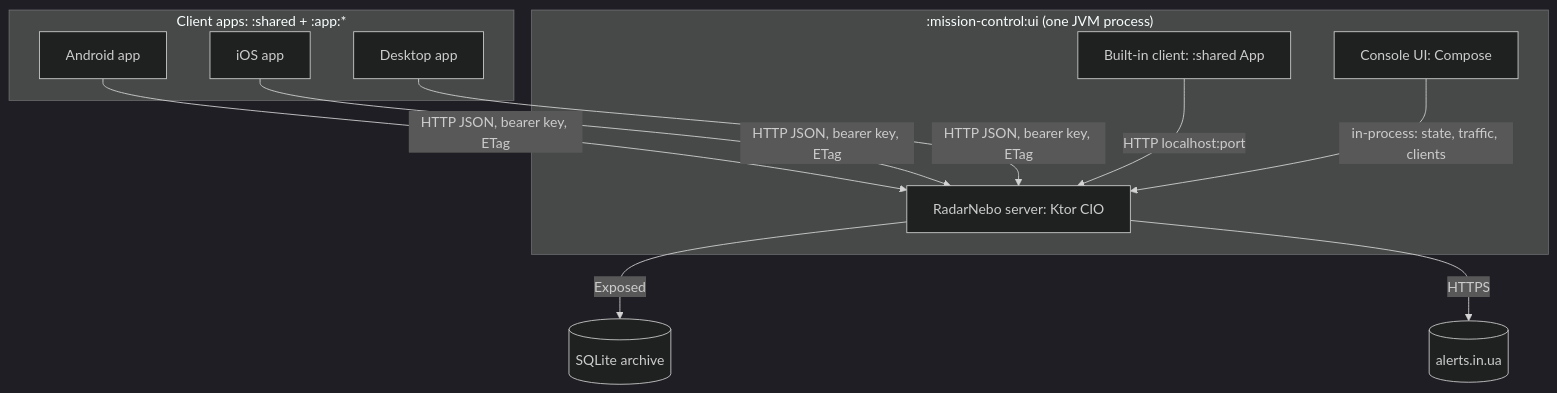
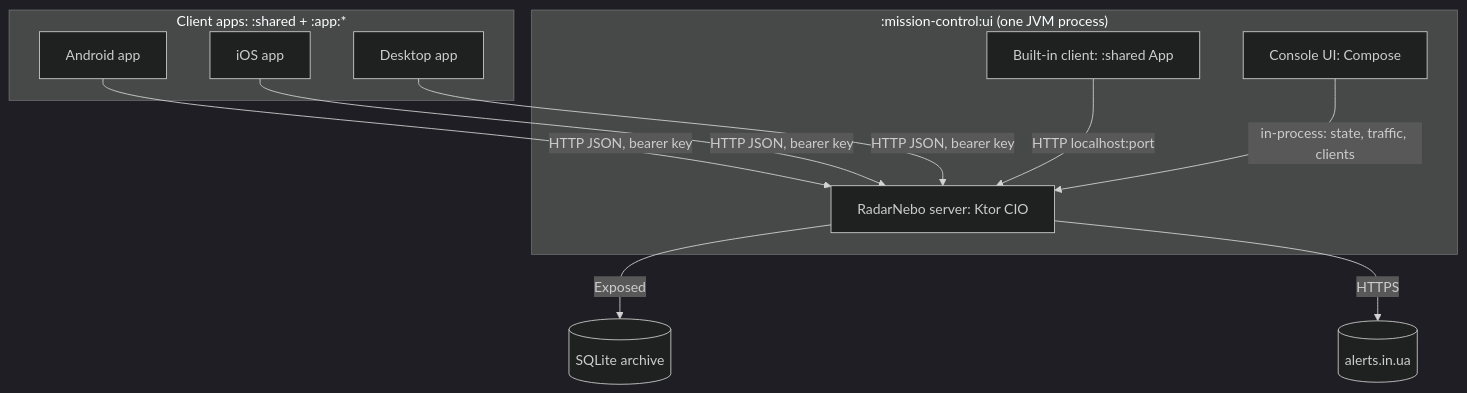
Before and after one commit to TreeDev-Innovation/KMP-RadarNebo: the third of 6 diagrams in DESIGN.md, drawn with Mermaid (dark theme). The commit also changed other lines of this file and 1 other file, not shown here.

First line of the commit message:
Report the archive window limit from MAX_WINDOW; drop ETag claims from DESIGN.md

````diff
--- a/DESIGN.md
+++ b/DESIGN.md
@@ -213,20 +213,20 @@
 ```mermaid
 flowchart TB
   subgraph clients[Client apps: :shared + :app:*]
     android[Android app]
     ios[iOS app]
     desktop[Desktop app]
   end
   subgraph console[":mission-control:ui (one JVM process)"]
     srv[RadarNebo server: Ktor CIO]
     ui[Console UI: Compose]
     embedded[Built-in client: :shared App]
   end
   db[(SQLite archive)]
   up[(alerts.in.ua)]
-  android & ios & desktop -- "HTTP JSON, bearer key, ETag" --> srv
+  android & ios & desktop -- "HTTP JSON, bearer key" --> srv
   embedded -- "HTTP localhost:port" --> srv
   ui -- "in-process: state, traffic, clients" --> srv
   srv -- Exposed --> db
   srv -- HTTPS --> up
 ```
````
